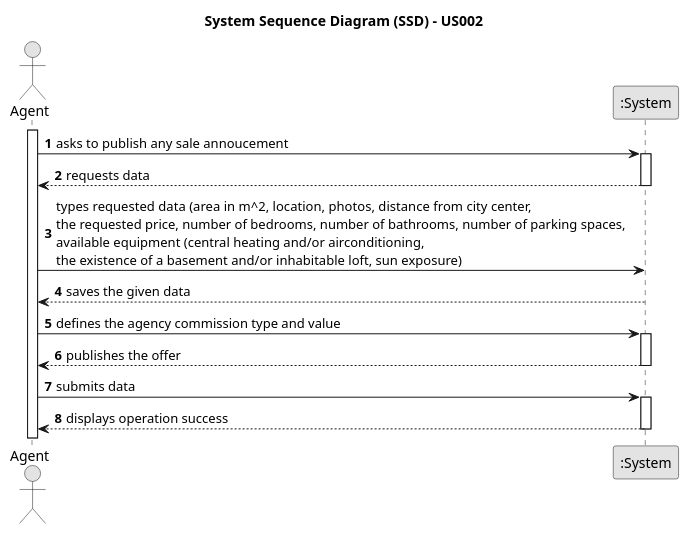
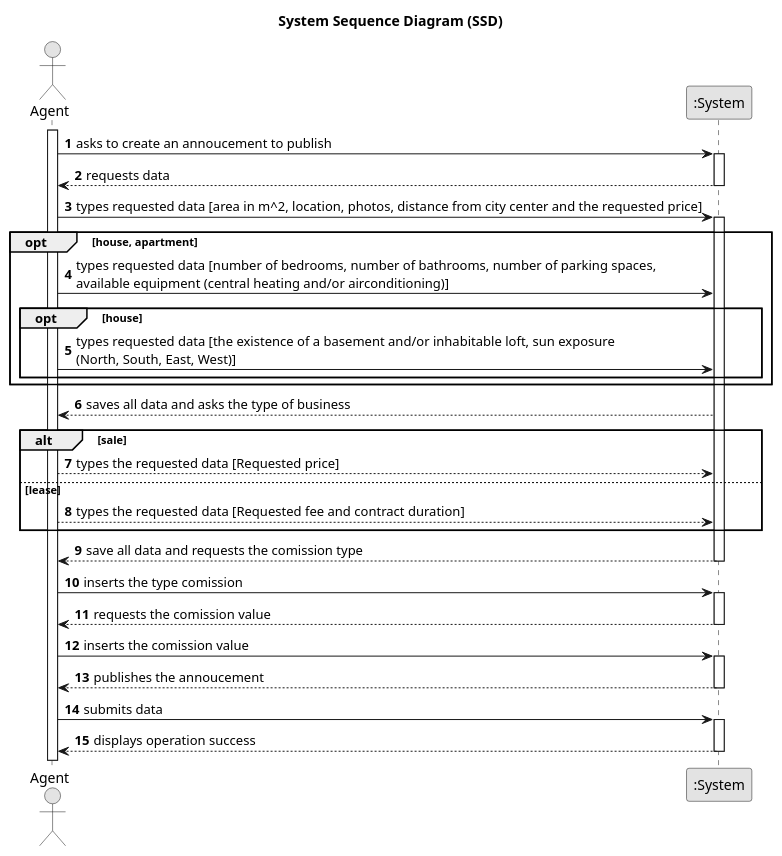
Before and after one commit to PureNimble/ISEP-LAPR2: the diagram in docs/sprintB/US02/01.requirements-engineering/puml/us02-system-sequence-diagram.puml, drawn with PlantUML. The commit also changed 2 other files, not shown here.

Commit message:
ssd and domain module modifications based on feedback

```diff
--- a/docs/sprintB/US02/01.requirements-engineering/puml/us02-system-sequence-diagram.puml
+++ b/docs/sprintB/US02/01.requirements-engineering/puml/us02-system-sequence-diagram.puml
@@ -1,39 +1,69 @@
 @startuml
+'https://plantuml.com/sequence-diagram
 skinparam monochrome true
 skinparam packageStyle rectangle
 skinparam shadowing false
 
-title System Sequence Diagram (SSD) - US002
+title System Sequence Diagram (SSD)
 
-autonumber
-
+ autonumber
 actor "Agent" as Agent
 participant ":System" as System
 
 activate Agent
 
-    Agent -> System : asks to publish any sale annoucement
-    activate System
+    Agent -> System : asks to create an annoucement to publish
+        activate System
 
-        System --> Agent : requests data
-    deactivate System
-
-        Agent -> System : types requested data (area in m^2, location, photos, distance from city center, \nthe requested price, number of bedrooms, number of bathrooms, number of parking spaces, \navailable equipment (central heating and/or airconditioning, \nthe existence of a basement and/or inhabitable loft, sun exposure)
-
-
-     System --> Agent : saves the given data
-            deactivate System
-
-        Agent -> System : defines the agency commission type and value
-            activate System
-
-        System --> Agent : publishes the offer
+    System --> Agent : requests data
         deactivate System
 
-        Agent -> System : submits data
+    Agent -> System : types requested data [area in m^2, location, photos, distance from city center and the requested price]
         activate System
 
-        System --> Agent : displays operation success
+    opt house, apartment
+        autonumber 4
+        Agent -> System : types requested data [number of bedrooms, number of bathrooms, number of parking spaces, \navailable equipment (central heating and/or airconditioning)]
+
+        opt house
+            autonumber 5
+            Agent -> System : types requested data [the existence of a basement and/or inhabitable loft, sun exposure \n(North, South, East, West)]
+        end
+    end
+
+    System ---> Agent : saves all data and asks the type of business
+
+    alt sale
+
+        autonumber 7
+
+        Agent ---> System : types the requested data [Requested price]
+
+        else lease
+
+            Agent ---> System : types the requested data [Requested fee and contract duration]
+
+    end
+
+    System --> Agent : save all data and requests the comission type
         deactivate System
 
-@enduml
+    Agent -> System : inserts the type comission
+        activate System
+
+    System --> Agent : requests the comission value
+        deactivate System
+
+    Agent -> System : inserts the comission value
+        activate System
+
+    System --> Agent : publishes the annoucement
+        deactivate System
+
+    Agent -> System : submits data
+        activate System
+
+    System --> Agent : displays operation success
+        deactivate System
+
+ @enduml
```
